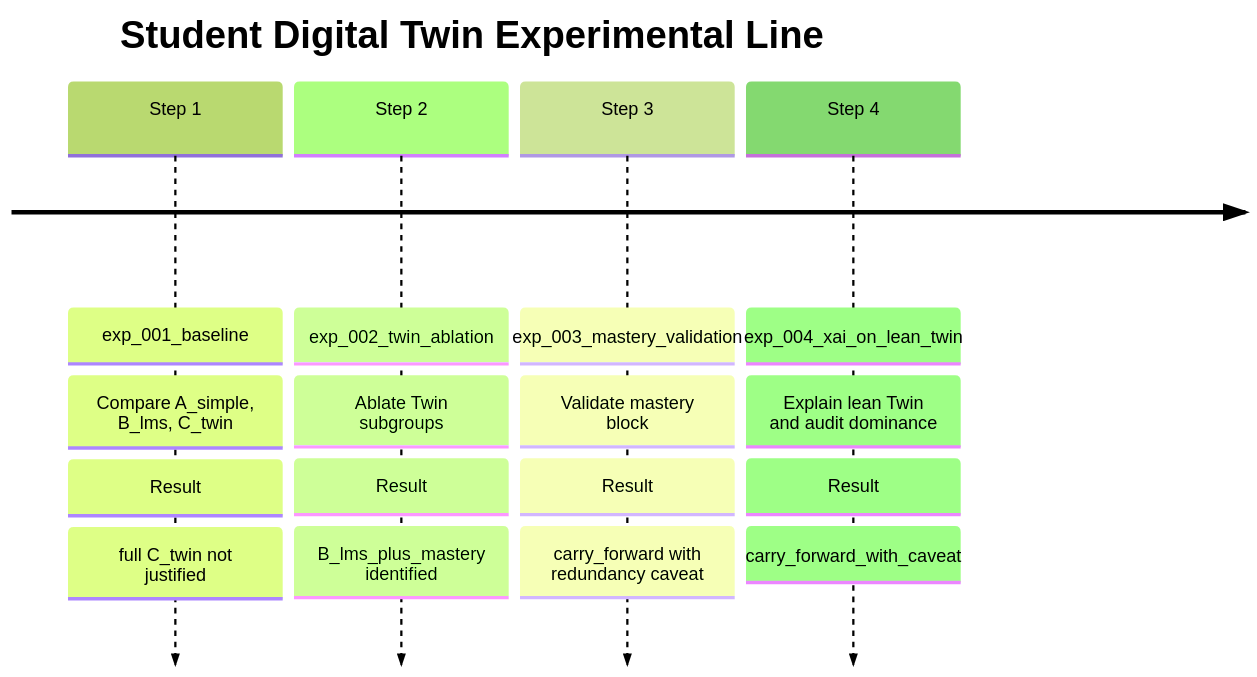
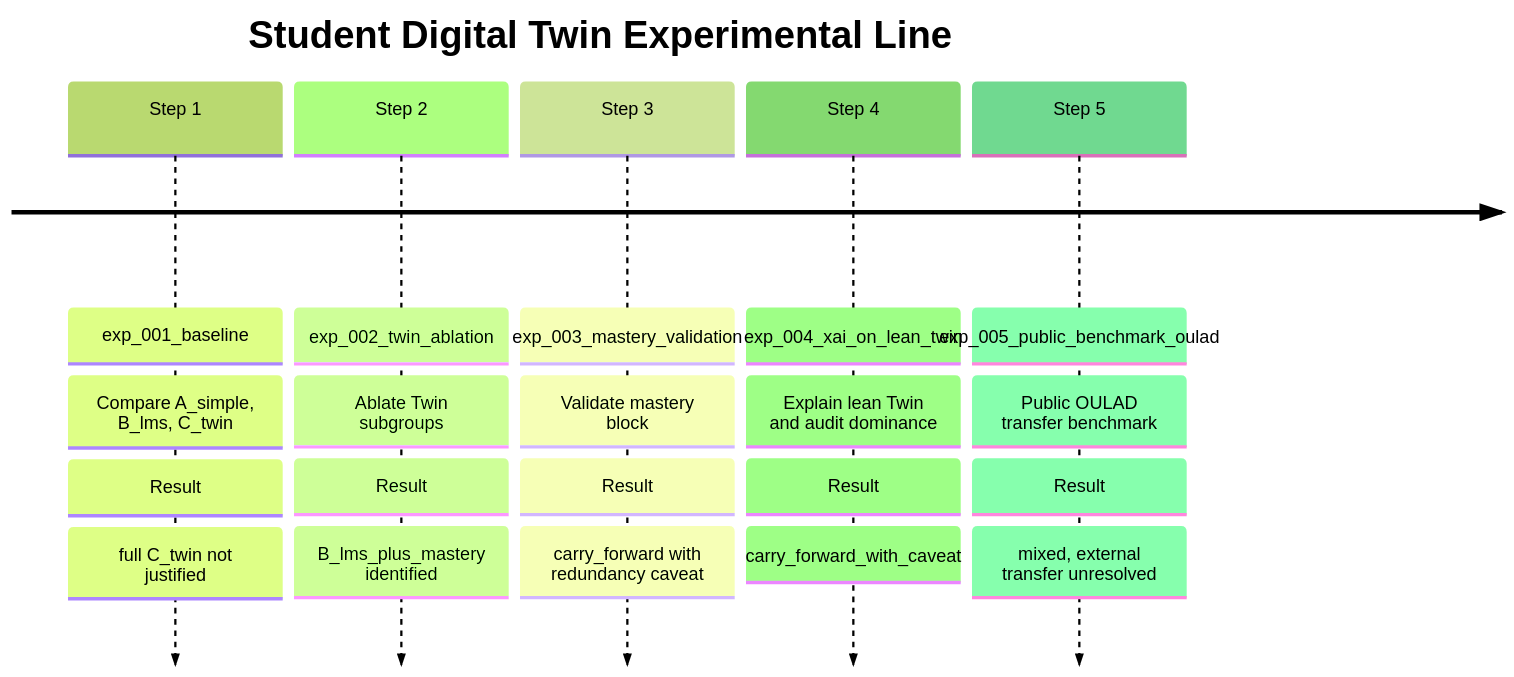
The diagram in docs/research/executive_summary_experiments.md (a169n/student-digital-twin-xai), drawn with Mermaid (forest theme) before and after one commit. The commit also changed other lines of this file and 24 other files, not shown here.

First line of the commit message:
Update documentation to include new public benchmark experiment

````diff
--- a/docs/research/executive_summary_experiments.md
+++ b/docs/research/executive_summary_experiments.md
@@ -135,16 +138,19 @@
 ```mermaid
 timeline
     title Student Digital Twin Experimental Line
     Step 1 : exp_001_baseline
            : Compare A_simple, B_lms, C_twin
            : Result: full C_twin not justified
     Step 2 : exp_002_twin_ablation
            : Ablate Twin subgroups
            : Result: B_lms_plus_mastery identified
     Step 3 : exp_003_mastery_validation
            : Validate mastery block
            : Result: carry_forward with redundancy caveat
     Step 4 : exp_004_xai_on_lean_twin
            : Explain lean Twin and audit dominance
            : Result: carry_forward_with_caveat
+    Step 5 : exp_005_public_benchmark_oulad
+           : Public OULAD transfer benchmark
+           : Result: mixed, external transfer unresolved
 ```
````
